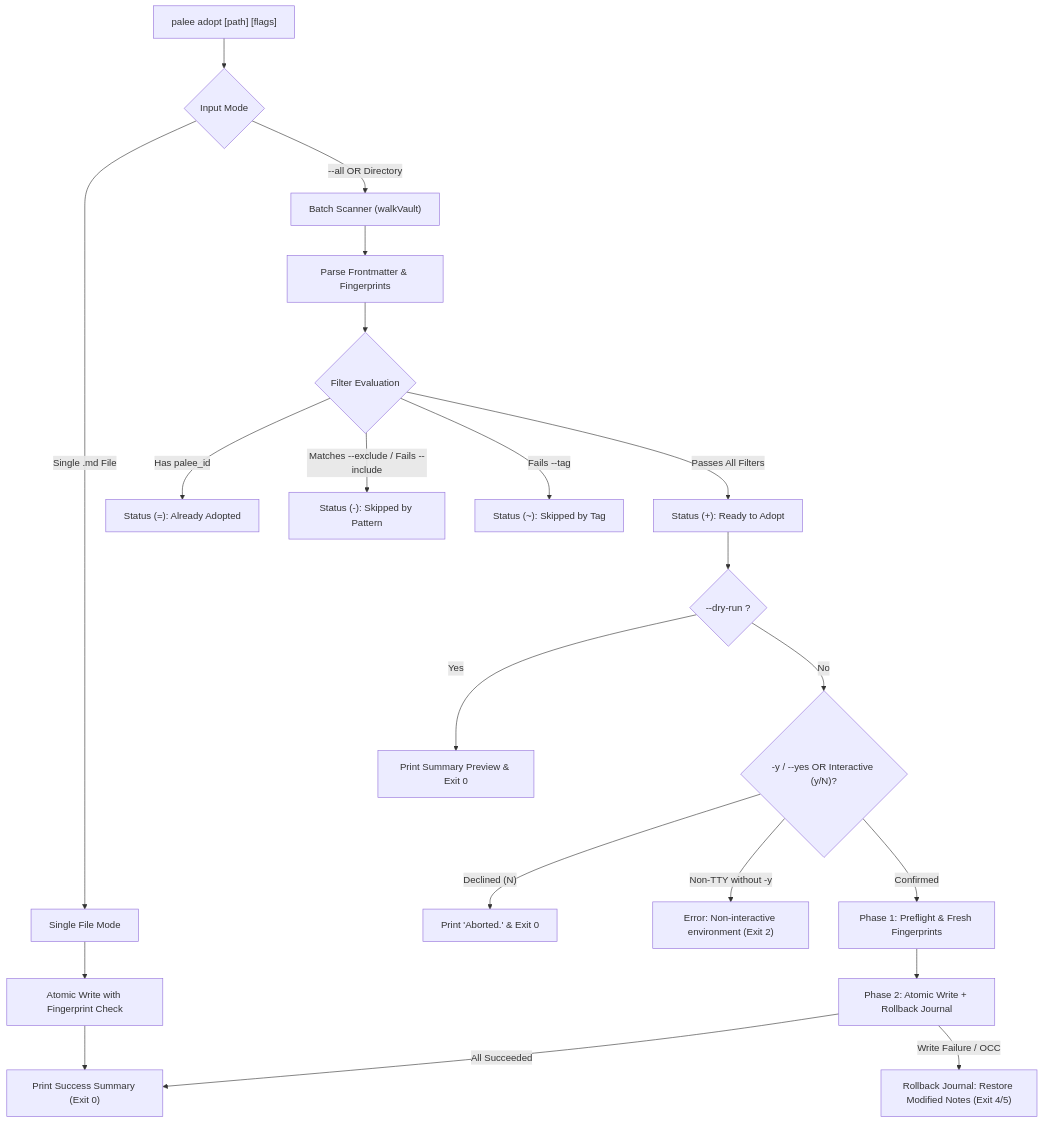
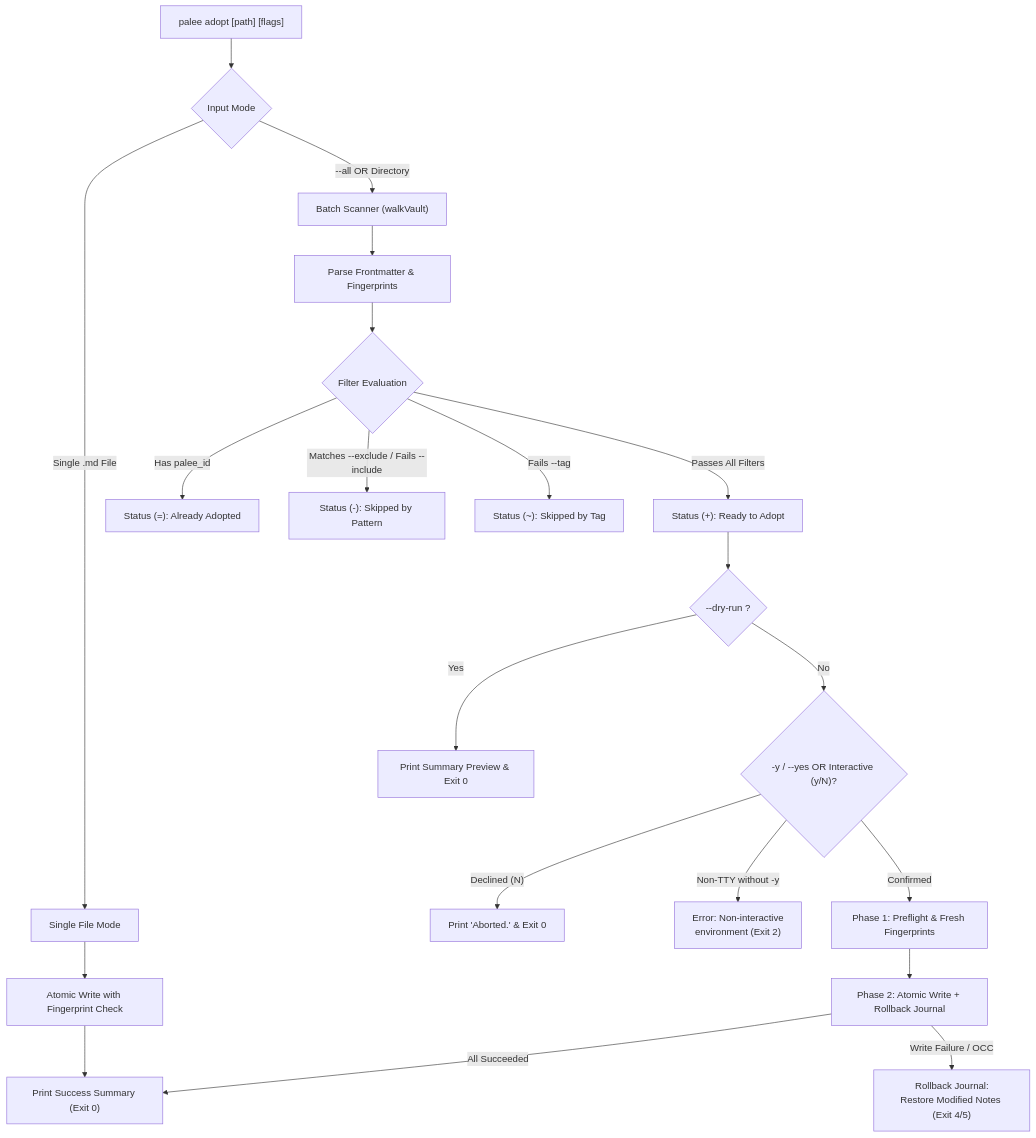
The first of 2 diagrams in docs/02-1-topic-management-commands.md (Kuldeep2822k/cli), drawn with Mermaid before and after one commit. The commit also changed other lines of this file and 22 other files, not shown here.

First line of the commit message:
docs: resolve documentation audit drift, navigation gaps, and diagram layouts (#189)

````diff
--- a/docs/02-1-topic-management-commands.md
+++ b/docs/02-1-topic-management-commands.md
@@ -97,29 +97,29 @@
 ```mermaid
 flowchart TD
     Start["palee adopt [path] [flags]"] --> CheckMode{"Input Mode"}
     
     CheckMode -->|"Single .md File"| SingleFlow["Single File Mode"]
     CheckMode -->|"--all OR Directory"| BatchFlow["Batch Scanner (walkVault)"]
     
     BatchFlow --> ParseLoop["Parse Frontmatter & Fingerprints"]
     ParseLoop --> FilterCheck{"Filter Evaluation"}
     
     FilterCheck -->|"Has palee_id"| SkipAdopted["Status (=): Already Adopted"]
     FilterCheck -->|"Matches --exclude / Fails --include"| SkipPattern["Status (-): Skipped by Pattern"]
     FilterCheck -->|"Fails --tag"| SkipTag["Status (~): Skipped by Tag"]
     FilterCheck -->|"Passes All Filters"| Staged["Status (+): Ready to Adopt"]
     
     Staged --> DryCheck{"--dry-run ?"}
     DryCheck -->|"Yes"| PrintDry["Print Summary Preview & Exit 0"]
     DryCheck -->|"No"| ConfirmCheck{"-y / --yes OR Interactive (y/N)?"}
     
     ConfirmCheck -->|"Declined (N)"| Abort["Print 'Aborted.' & Exit 0"]
-    ConfirmCheck -->|"Non-TTY without -y"| ErrTTY["Error: Non-interactive environment (Exit 2)"]
+    ConfirmCheck -->|"Non-TTY without -y"| ErrTTY["Error: Non-interactive<br/>environment (Exit 2)"]
     ConfirmCheck -->|"Confirmed"| Phase1["Phase 1: Preflight & Fresh Fingerprints"]
     
     Phase1 --> Phase2["Phase 2: Atomic Write + Rollback Journal"]
     Phase2 -->|"All Succeeded"| Done["Print Success Summary (Exit 0)"]
-    Phase2 -->|"Write Failure / OCC"| Rollback["Rollback Journal: Restore Modified Notes (Exit 4/5)"]
+    Phase2 -->|"Write Failure / OCC"| Rollback["Rollback Journal:<br/>Restore Modified Notes (Exit 4/5)"]
     SingleFlow --> AtomicSingle["Atomic Write with Fingerprint Check"]
     AtomicSingle --> Done
 ```
````
